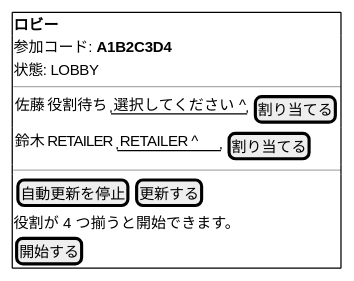
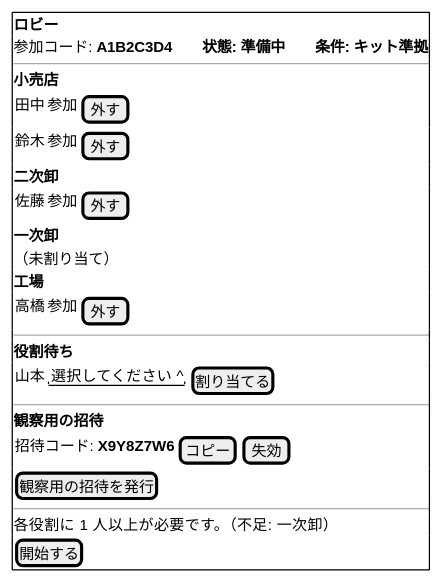
One commit to k2works/case-study-beer-game-simulation changed the third of 9 diagrams in docs/design/beer-game2/ui-design.md. Above: the diagram before and after it, drawn with PlantUML. The commit also changed other lines of this file and 5 other files, not shown here.

````diff
--- a/docs/design/beer-game2/ui-design.md
+++ b/docs/design/beer-game2/ui-design.md
@@ -158,16 +163,28 @@
 ```plantuml
 @startsalt
 {+
   <b>ロビー
-  参加コード: <b>A1B2C3D4
-  状態: LOBBY
+  参加コード: <b>A1B2C3D4　　状態: 準備中　　条件: キット準拠
   ---
-  { 佐藤 | 役割待ち | "選択してください ^" | [ 割り当てる ] }
-  { 鈴木 | RETAILER | "RETAILER ^" | [ 割り当てる ] }
+  <b>小売店
+  { 田中 | 参加 | [ 外す ] }
+  { 鈴木 | 参加 | [ 外す ] }
+  <b>二次卸
+  { 佐藤 | 参加 | [ 外す ] }
+  <b>一次卸
+  （未割り当て）
+  <b>工場
+  { 高橋 | 参加 | [ 外す ] }
   ---
-  { [ 自動更新を停止 ] | [ 更新する ] }
-  役割が 4 つ揃うと開始できます。
+  <b>役割待ち
+  { 山本 | "選択してください ^" | [ 割り当てる ] }
+  ---
+  <b>観察用の招待
+  { 招待コード: <b>X9Y8Z7W6 | [ コピー ] | [ 失効 ] }
+  [ 観察用の招待を発行 ]
+  ---
+  各役割に 1 人以上が必要です。（不足: 一次卸）
   [ 開始する ]
 }
 @endsalt
 ```
````
